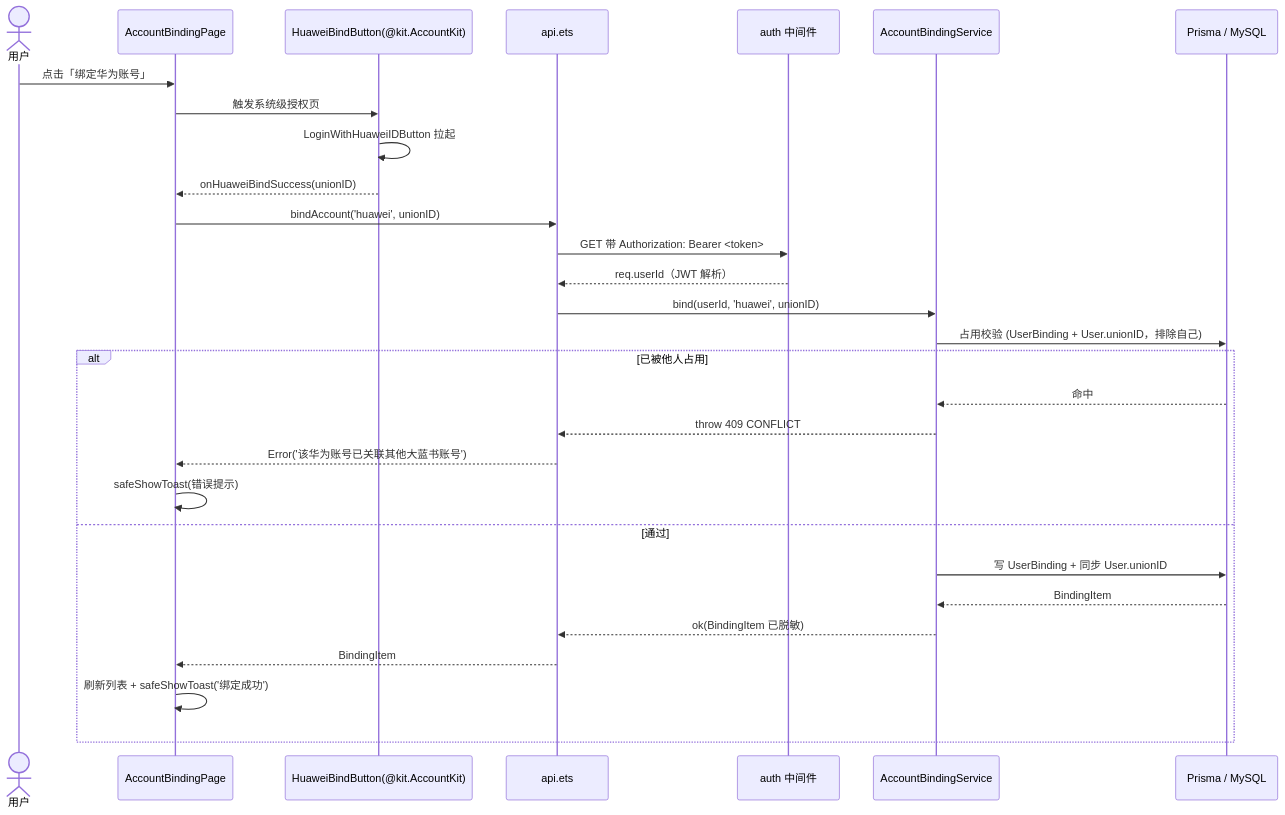
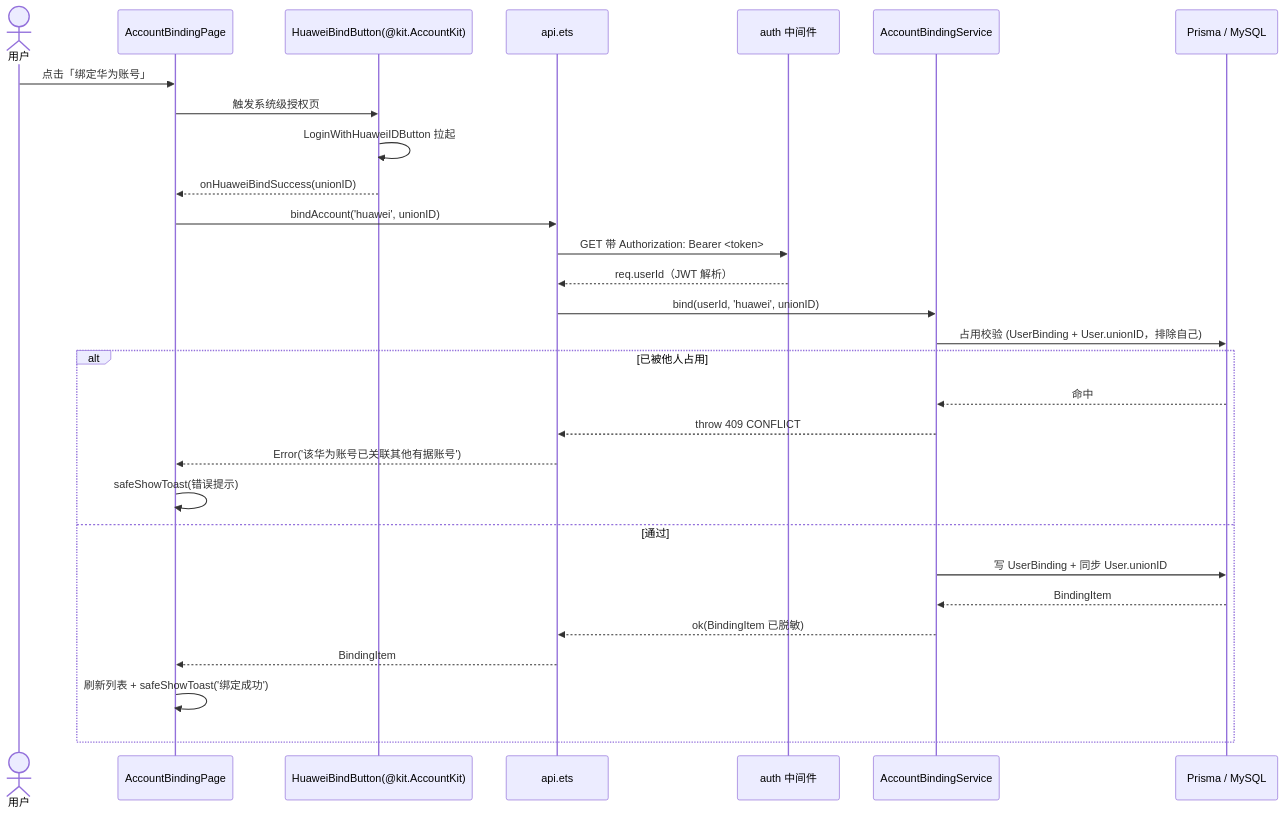
The first of 3 diagrams in entry/Docs/design-account-binding.md (2697881905/youju), drawn with Mermaid before and after one commit. The commit also changed other lines of this file and 286 other files, not shown here.

````diff
--- a/entry/Docs/design-account-binding.md
+++ b/entry/Docs/design-account-binding.md
@@ -164,32 +164,32 @@
 ```mermaid
 sequenceDiagram
     actor U as 用户
     participant ABP as AccountBindingPage
     participant HB as HuaweiBindButton(@kit.AccountKit)
     participant API as api.ets
     participant AUTH as auth 中间件
     participant SVC as AccountBindingService
     participant DB as Prisma / MySQL
 
     U->>ABP: 点击「绑定华为账号」
     ABP->>HB: 触发系统级授权页
     HB->>HB: LoginWithHuaweiIDButton 拉起
     HB-->>ABP: onHuaweiBindSuccess(unionID)
     ABP->>API: bindAccount('huawei', unionID)
     API->>AUTH: GET 带 Authorization: Bearer <token>
     AUTH-->>API: req.userId（JWT 解析）
     API->>SVC: bind(userId, 'huawei', unionID)
     SVC->>DB: 占用校验 (UserBinding + User.unionID，排除自己)
     alt 已被他人占用
         DB-->>SVC: 命中
         SVC-->>API: throw 409 CONFLICT
-        API-->>ABP: Error('该华为账号已关联其他大蓝书账号')
+        API-->>ABP: Error('该华为账号已关联其他有据账号')
         ABP->>ABP: safeShowToast(错误提示)
     else 通过
         SVC->>DB: 写 UserBinding + 同步 User.unionID
         DB-->>SVC: BindingItem
         SVC-->>API: ok(BindingItem 已脱敏)
         API-->>ABP: BindingItem
         ABP->>ABP: 刷新列表 + safeShowToast('绑定成功')
     end
 ```
````
